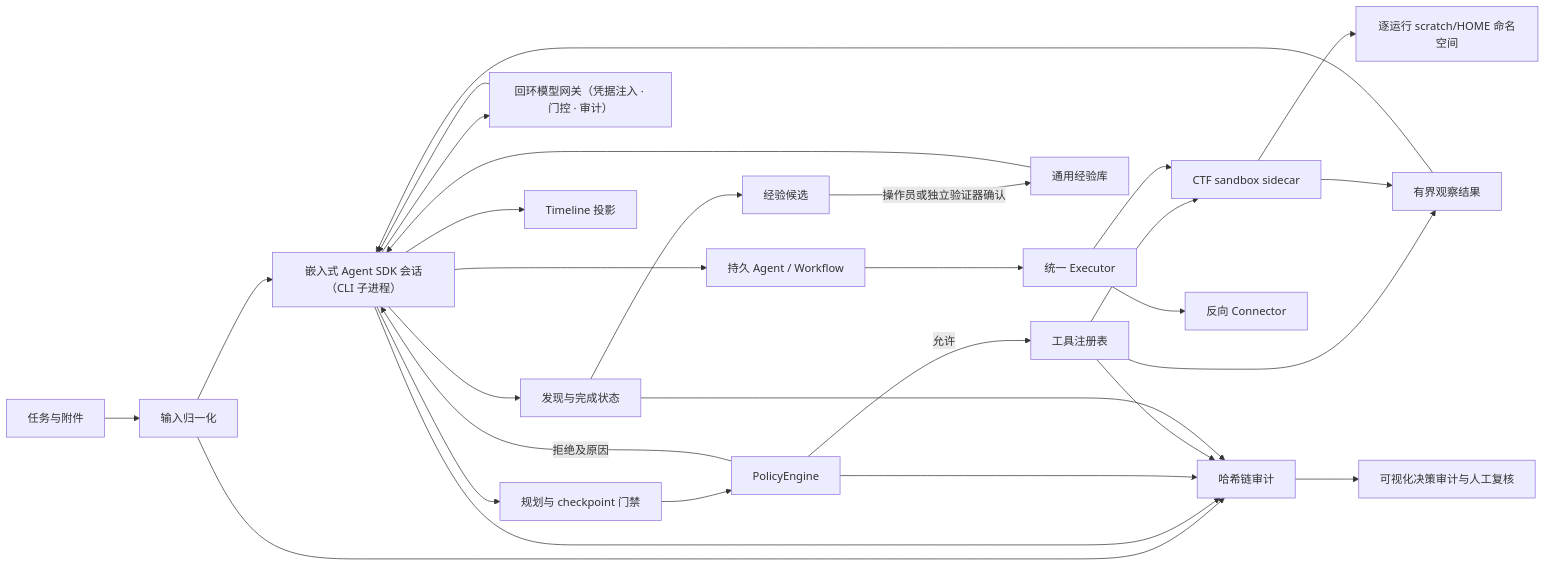
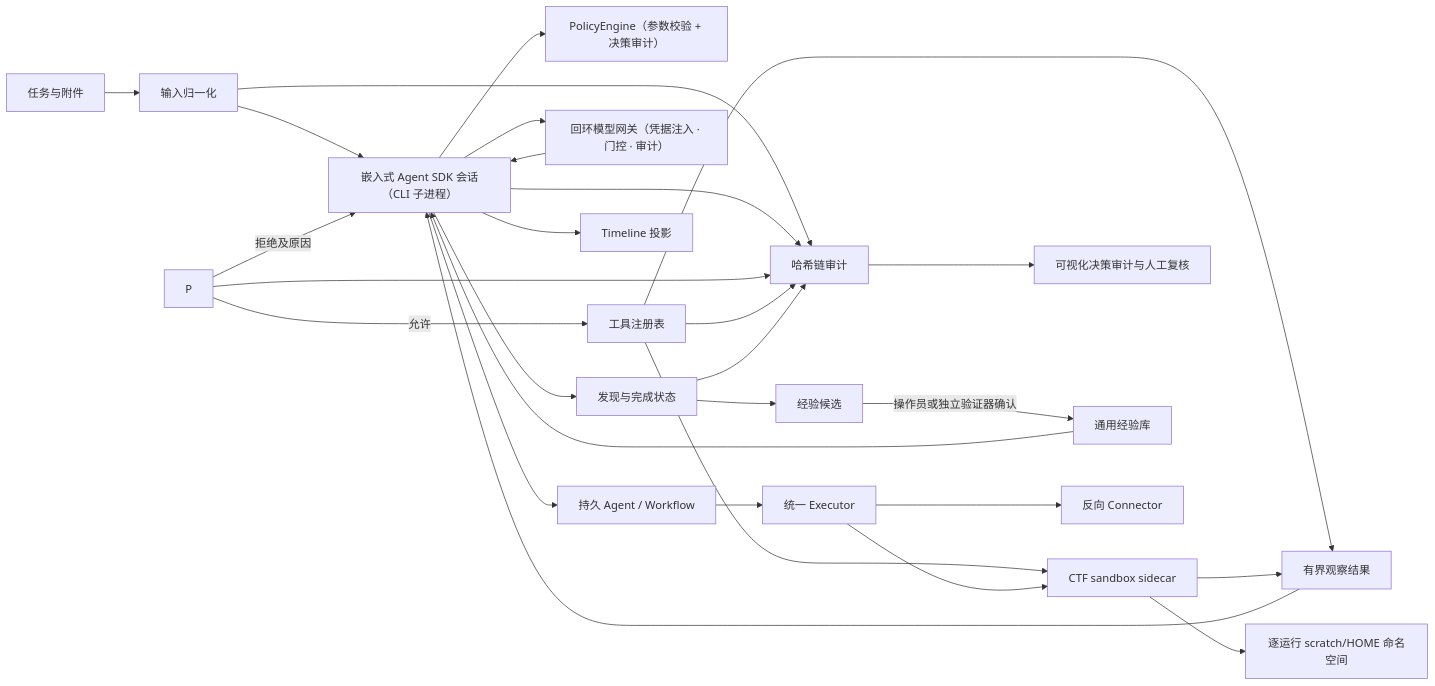
The diagram in docs/architecture.md (jiker666/zhulongx), drawn with Mermaid before and after one commit. The commit also changed other lines of this file and 19 other files, not shown here.

````diff
--- a/docs/architecture.md
+++ b/docs/architecture.md
@@ -7,31 +7,30 @@
 ```mermaid
 flowchart LR
     I["任务与附件"] --> N["输入归一化"]
     N --> A["嵌入式 Agent SDK 会话（CLI 子进程）"]
-    A --> G["规划与 checkpoint 门禁"]
-    G --> P["PolicyEngine"]
+    A --> G["PolicyEngine（参数校验 + 决策审计）"]
     P -->|允许| T["工具注册表"]
     P -->|拒绝及原因| A
     T --> S["CTF sandbox sidecar"]
     S --> X["逐运行 scratch/HOME 命名空间"]
     T --> O["有界观察结果"]
     S --> O
     O --> A
     A --> MG["回环模型网关（凭据注入 · 门控 · 审计）"]
     MG --> A
     A --> F["发现与完成状态"]
     N --> L["哈希链审计"]
     A --> L
     P --> L
     T --> L
     F --> L
     L --> V["可视化决策审计与人工复核"]
     F --> E["经验候选"]
     E -->|操作员或独立验证器确认| K["通用经验库"]
     K --> A
     A --> C["Timeline 投影"]
     A --> Q["持久 Agent / Workflow"]
     Q --> R["统一 Executor"]
     R --> S
     R --> RC["反向 Connector"]
 ```
````
